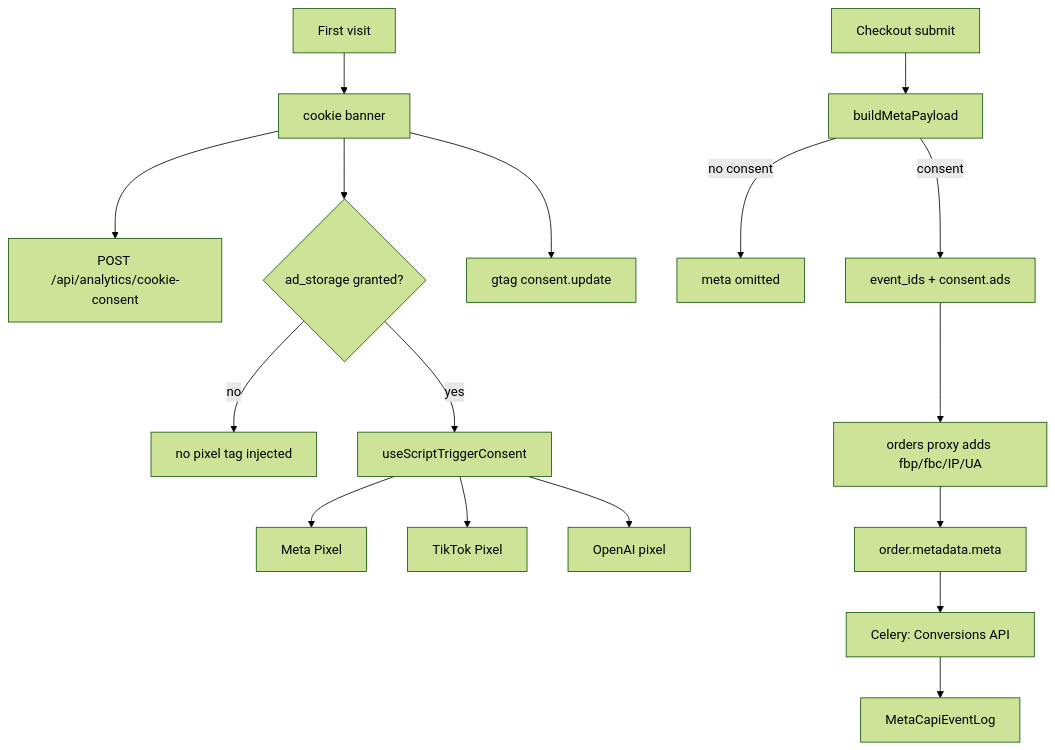
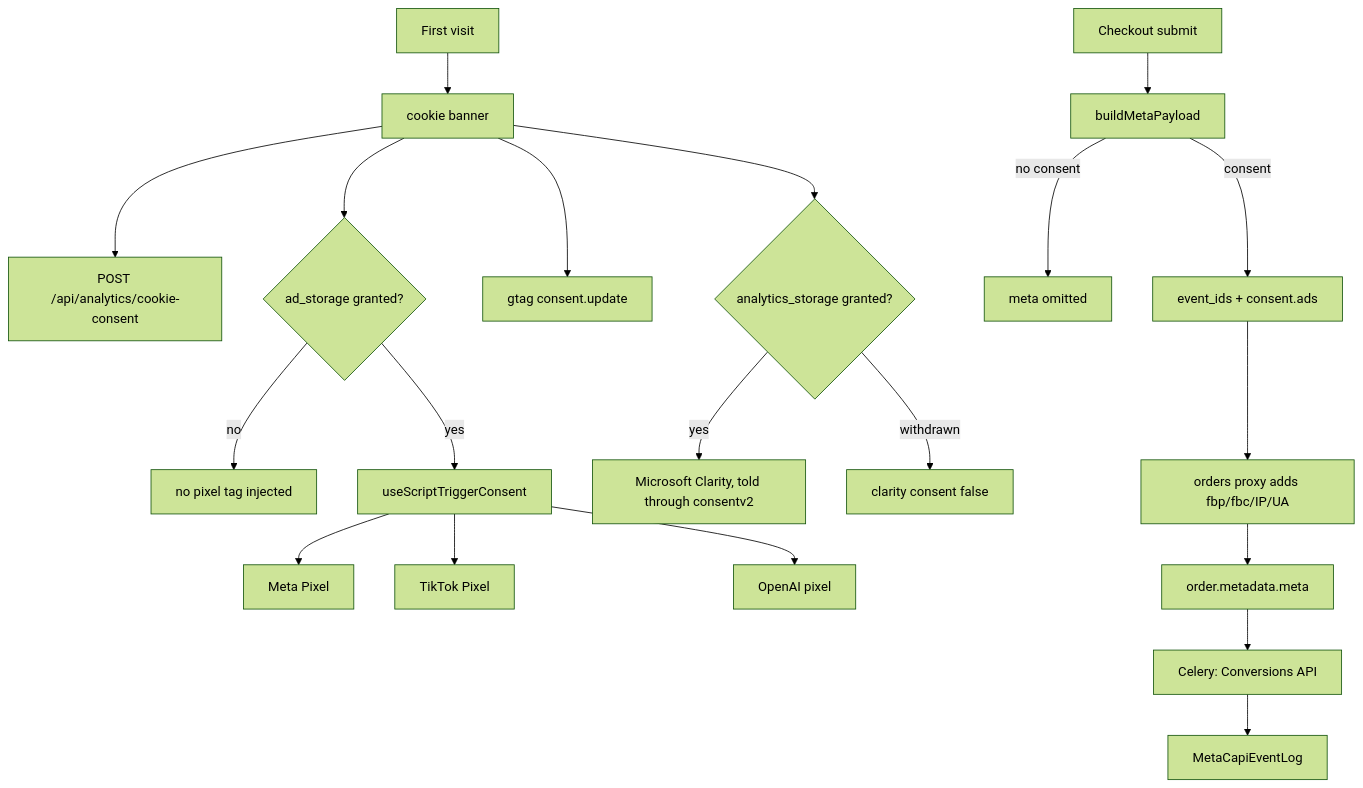
Before and after one commit to vasilistotskas/grooveshop-docs: the diagram in src/dev/flows/analytics-and-consent.md, drawn with Mermaid (forest theme). The commit also changed other lines of this file and 4 other files, not shown here.

First line of the commit message:
docs(analytics): Microsoft Clarity, withdrawing consent and asking again (#123)

````diff
--- a/src/dev/flows/analytics-and-consent.md
+++ b/src/dev/flows/analytics-and-consent.md
@@ -31,20 +31,23 @@
 ```mermaid
 flowchart TD
   Visit["First visit"] --> Banner["cookie banner"]
   Banner --> Tel["POST /api/analytics/cookie-consent"]
   Banner --> Dec{"ad_storage granted?"}
   Dec -- "no" --> None["no pixel tag injected"]
   Dec -- "yes" --> Trig["useScriptTriggerConsent"]
   Trig --> Meta["Meta Pixel"]
   Trig --> TT["TikTok Pixel"]
   Trig --> OAI["OpenAI pixel"]
   Banner --> GA["gtag consent.update"]
+  Banner --> Clar{"analytics_storage granted?"}
+  Clar -- "yes" --> Clarity["Microsoft Clarity, told through consentv2"]
+  Clar -- "withdrawn" --> Erase["clarity consent false"]
 
   Checkout["Checkout submit"] --> Build["buildMetaPayload"]
   Build -- "no consent" --> Null["meta omitted"]
   Build -- "consent" --> Ids["event_ids + consent.ads"]
   Ids --> Proxy["orders proxy adds fbp/fbc/IP/UA"]
   Proxy --> Order["order.metadata.meta"]
   Order --> CAPI["Celery: Conversions API"]
   CAPI --> Log["MetaCapiEventLog"]
 ```
````
